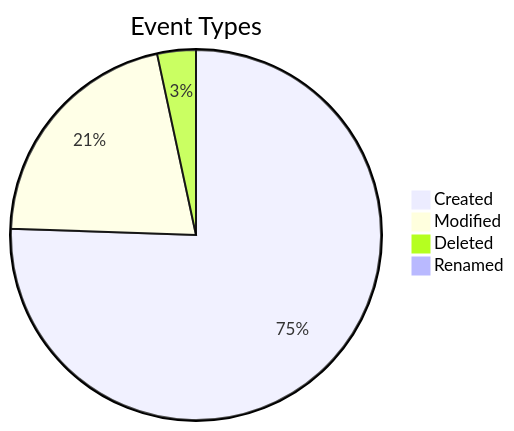
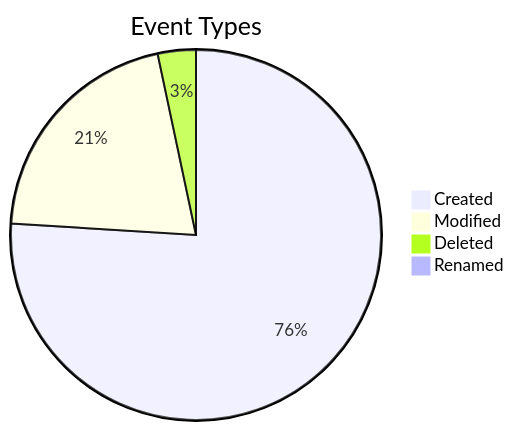
One commit to aetrigg/obsidian-universe-public changed the diagram in OBSERVATORIES/Activity Observatory.md. Above: the diagram before and after it, drawn with Mermaid. The commit also changed other lines of this file and 1 other file, not shown here.

````diff
--- a/OBSERVATORIES/Activity Observatory.md
+++ b/OBSERVATORIES/Activity Observatory.md
@@ -32,8 +32,8 @@
 ```mermaid
 pie
     title Event Types
-    "Created" : 19036
-    "Modified" : 5315
+    "Created" : 19408
+    "Modified" : 5282
     "Deleted" : 849
-    "Renamed" : 95
+    "Renamed" : 96
 ```
````
